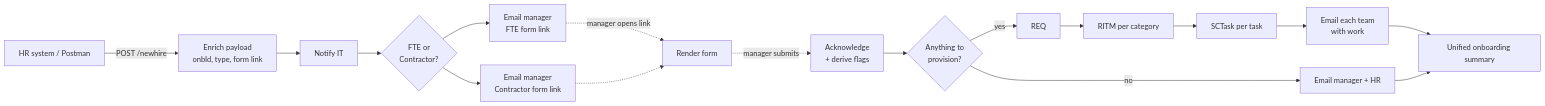
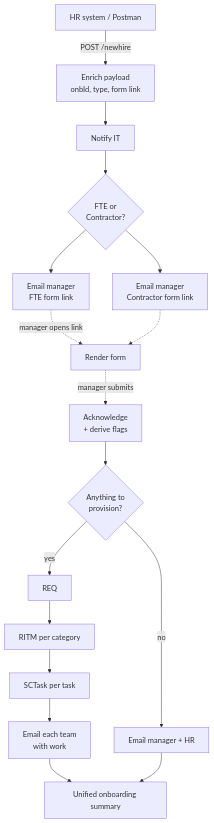
The diagram in README.md (derrick-a-automation/n8n-onboarding-automation), drawn with Mermaid before and after one commit.

Commit message:
README: draw flow diagram top-down for readability

````diff
--- a/README.md
+++ b/README.md
@@ -9,16 +9,16 @@
 ```mermaid
-flowchart LR
+flowchart TD
     HR[HR system / Postman] -->|POST /newhire| E[Enrich payload<br/>onbId, type, form link]
     E --> N[Notify IT] --> C{FTE or<br/>Contractor?}
     C --> MF[Email manager<br/>FTE form link]
     C --> MC[Email manager<br/>Contractor form link]
     MF -.->|manager opens link| F[Render form]
     MC -.-> F
     F -.->|manager submits| S[Acknowledge<br/>+ derive flags]
     S --> P{Anything to<br/>provision?}
     P -->|yes| REQ[REQ] --> RITM[RITM per category] --> T[SCTask per task]
     T --> G[Email each team<br/>with work]
     P -->|no| X[Email manager + HR]
     G --> U[Unified onboarding summary]
     X --> U
 ```
````
